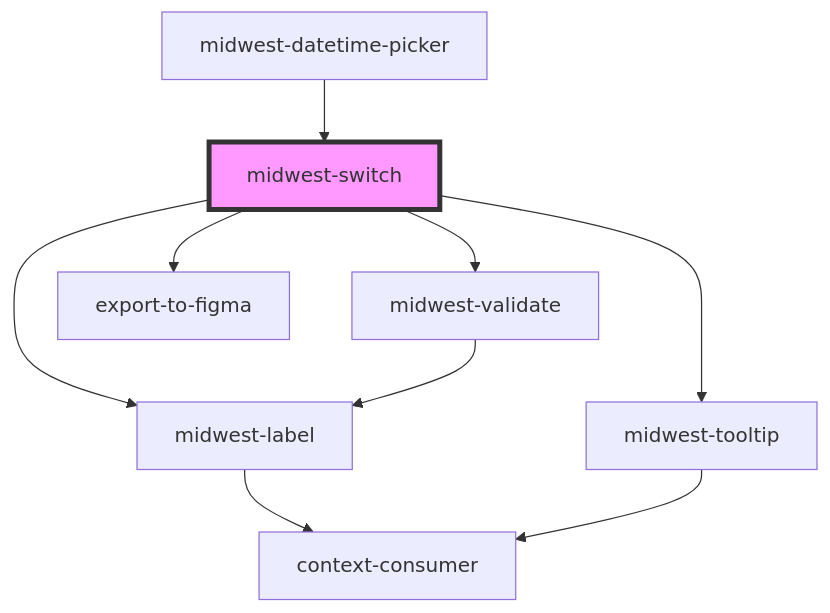
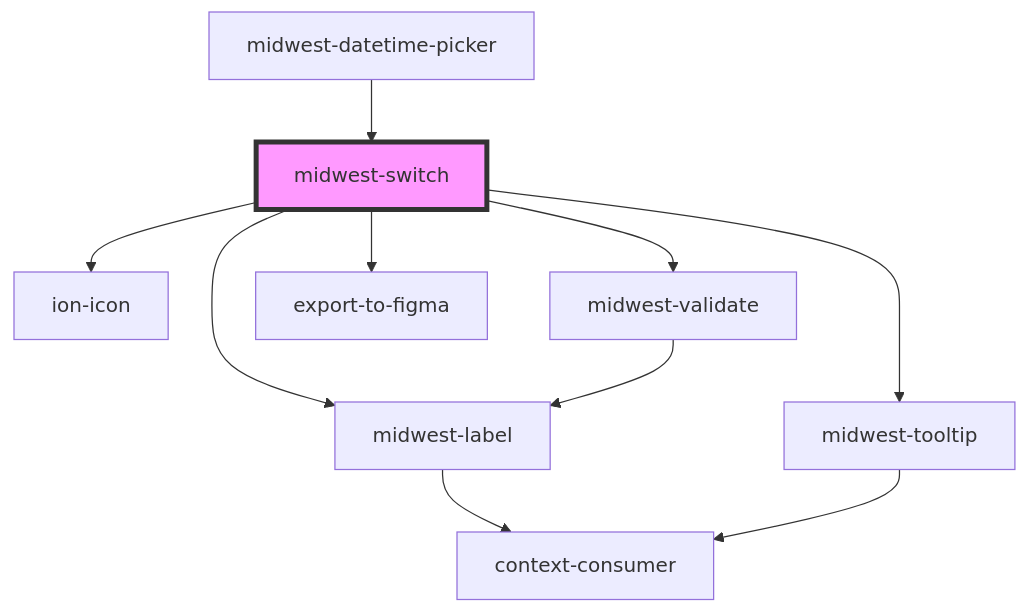
The diagram in packages/core/docs/components/forms/switch/readme.md (splitinfinities/Midwest), drawn with Mermaid before and after one commit. The commit also changed other lines of this file and 388 other files, not shown here.

````diff
--- a/packages/core/docs/components/forms/switch/readme.md
+++ b/packages/core/docs/components/forms/switch/readme.md
@@ -75,12 +76,13 @@
 ```mermaid
 graph TD;
   midwest-switch --> midwest-label
+  midwest-switch --> ion-icon
   midwest-switch --> midwest-tooltip
   midwest-switch --> midwest-validate
   midwest-switch --> export-to-figma
   midwest-label --> context-consumer
   midwest-tooltip --> context-consumer
   midwest-validate --> midwest-label
   midwest-datetime-picker --> midwest-switch
   style midwest-switch fill:#f9f,stroke:#333,stroke-width:4px
 ```
````
